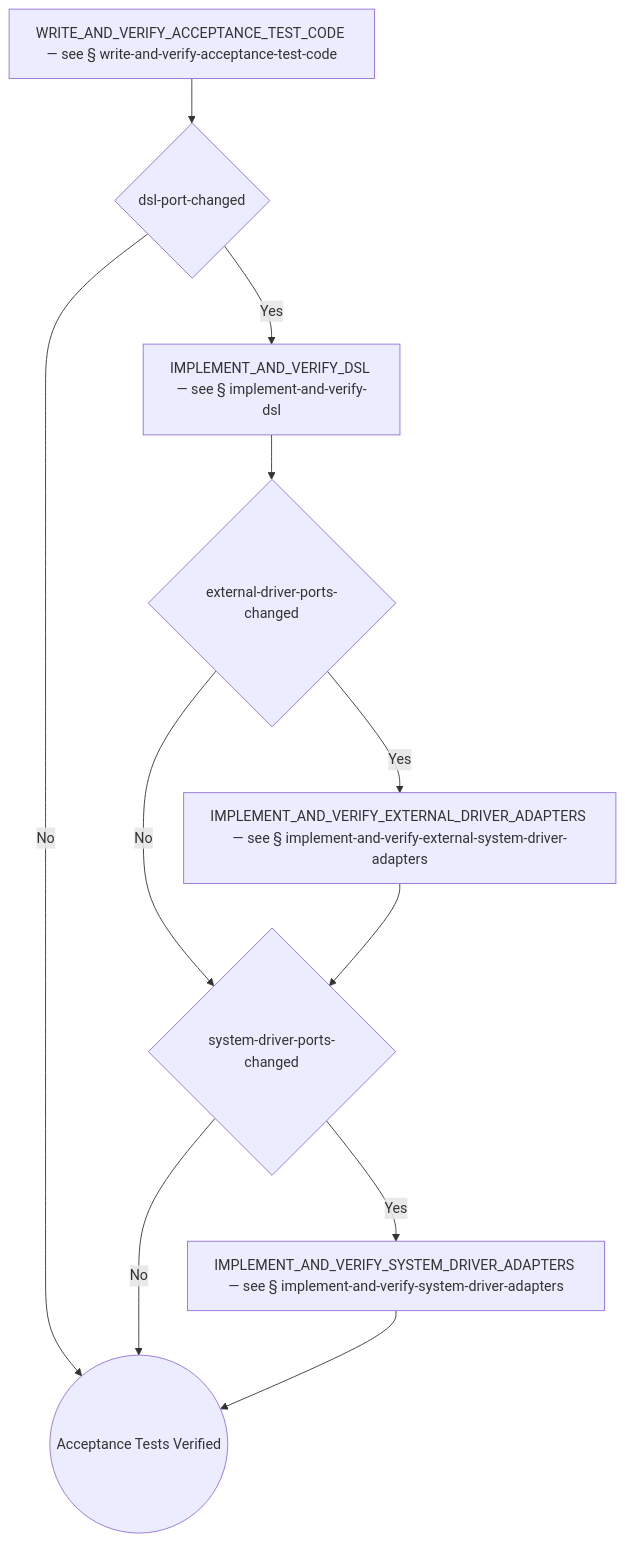
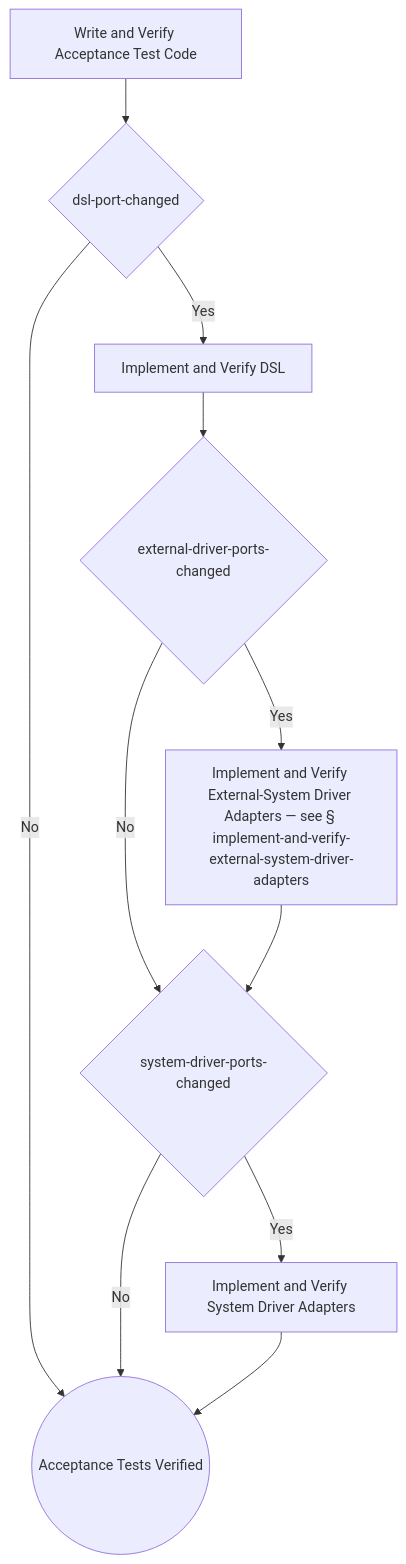
Diagram 15 of 50 in docs/process-diagram.md (optivem/gh-optivem), drawn with Mermaid before and after one commit. The commit also changed other lines of this file and 6 other files, not shown here.

````diff
--- a/docs/process-diagram.md
+++ b/docs/process-diagram.md
@@ -338,22 +338,22 @@
 ```mermaid
 flowchart TD
     GATE_DSL_PORT_CHANGED{dsl-port-changed}
     GATE_EXTERNAL_DRIVER_PORTS_CHANGED{external-driver-ports-changed}
     GATE_SYSTEM_DRIVER_PORTS_CHANGED{system-driver-ports-changed}
-    IMPLEMENT_AND_VERIFY_DSL[IMPLEMENT_AND_VERIFY_DSL — see § implement-and-verify-dsl]
-    IMPLEMENT_AND_VERIFY_EXTERNAL_DRIVER_ADAPTERS[IMPLEMENT_AND_VERIFY_EXTERNAL_DRIVER_ADAPTERS — see § implement-and-verify-external-system-driver-adapters]
-    IMPLEMENT_AND_VERIFY_SYSTEM_DRIVER_ADAPTERS[IMPLEMENT_AND_VERIFY_SYSTEM_DRIVER_ADAPTERS — see § implement-and-verify-system-driver-adapters]
+    IMPLEMENT_AND_VERIFY_DSL[Implement and Verify DSL]
+    IMPLEMENT_AND_VERIFY_EXTERNAL_DRIVER_ADAPTERS[Implement and Verify External-System Driver Adapters — see § implement-and-verify-external-system-driver-adapters]
+    IMPLEMENT_AND_VERIFY_SYSTEM_DRIVER_ADAPTERS[Implement and Verify System Driver Adapters]
     WAV_AT_END((Acceptance Tests Verified))
-    WRITE_AND_VERIFY_ACCEPTANCE_TEST_CODE[WRITE_AND_VERIFY_ACCEPTANCE_TEST_CODE — see § write-and-verify-acceptance-test-code]
+    WRITE_AND_VERIFY_ACCEPTANCE_TEST_CODE[Write and Verify Acceptance Test Code]
 
     WRITE_AND_VERIFY_ACCEPTANCE_TEST_CODE --> GATE_DSL_PORT_CHANGED
     GATE_DSL_PORT_CHANGED -- Yes --> IMPLEMENT_AND_VERIFY_DSL
     GATE_DSL_PORT_CHANGED -- No --> WAV_AT_END
     IMPLEMENT_AND_VERIFY_DSL --> GATE_EXTERNAL_DRIVER_PORTS_CHANGED
     GATE_EXTERNAL_DRIVER_PORTS_CHANGED -- Yes --> IMPLEMENT_AND_VERIFY_EXTERNAL_DRIVER_ADAPTERS
     GATE_EXTERNAL_DRIVER_PORTS_CHANGED -- No --> GATE_SYSTEM_DRIVER_PORTS_CHANGED
     IMPLEMENT_AND_VERIFY_EXTERNAL_DRIVER_ADAPTERS --> GATE_SYSTEM_DRIVER_PORTS_CHANGED
     GATE_SYSTEM_DRIVER_PORTS_CHANGED -- Yes --> IMPLEMENT_AND_VERIFY_SYSTEM_DRIVER_ADAPTERS
     GATE_SYSTEM_DRIVER_PORTS_CHANGED -- No --> WAV_AT_END
     IMPLEMENT_AND_VERIFY_SYSTEM_DRIVER_ADAPTERS --> WAV_AT_END
 ```
````
